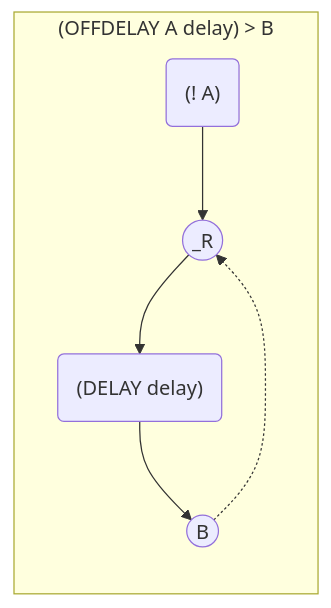
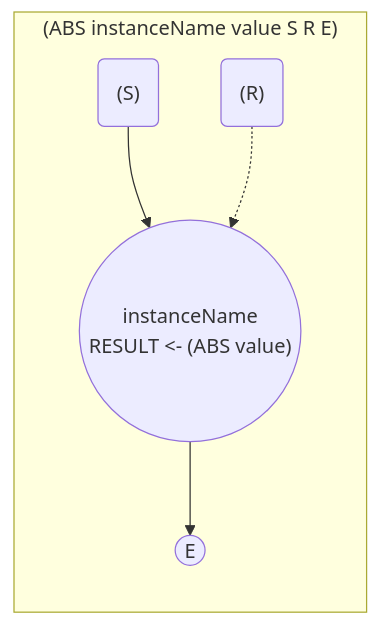
The tenth of 10 diagrams in Doc/Language/ds-language-table.md (DualsoftDev/ds), drawn with Mermaid before and after one commit. The commit also changed other lines of this file, not shown here.

````diff
--- a/Doc/Language/ds-language-table.md
+++ b/Doc/Language/ds-language-table.md
@@ -226,6 +253,7 @@
 ```mermaid
     graph LR;
-        subgraph "(OFFDELAY A delay) > B"
-        id("(! A)") --> R((_R)) --> X("(DELAY delay)") --> B((B)) .-> R
+        subgraph "(ABS instanceName value S R E)"
+        id("(S)") --> X(("instanceName </br> RESULT <- (ABS value)")) --> E((E))
+        R("(R)") .-> X
         end
   ```
````
